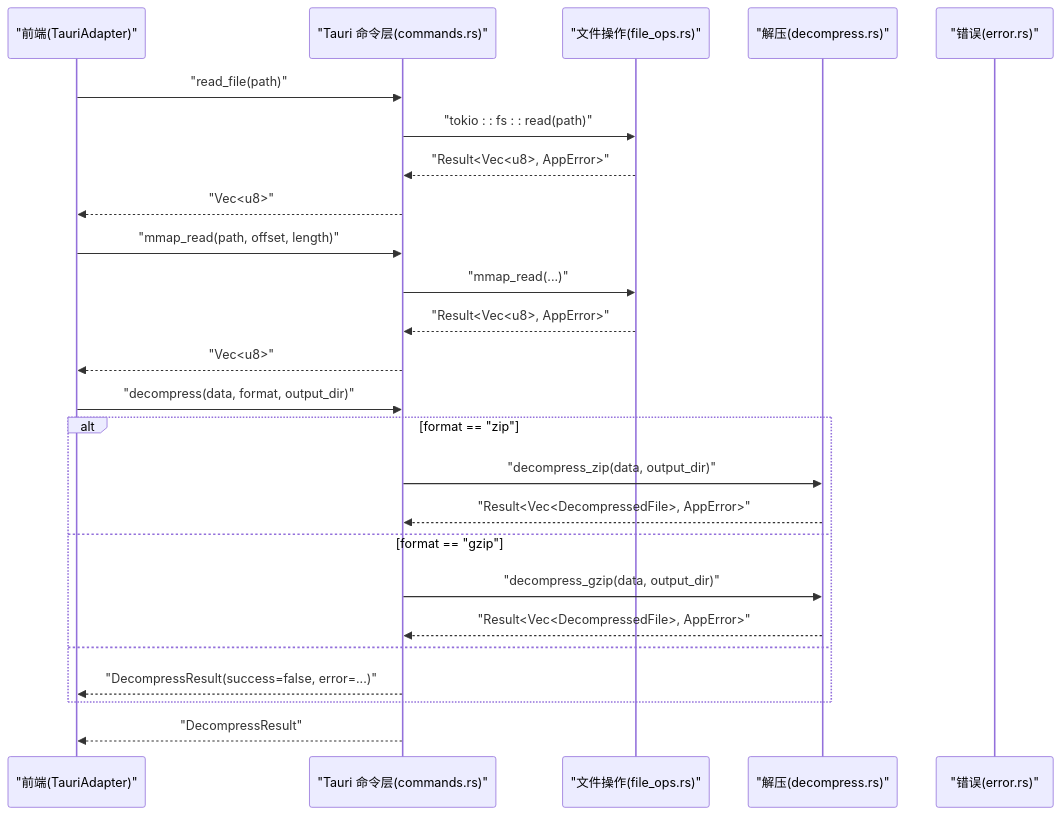
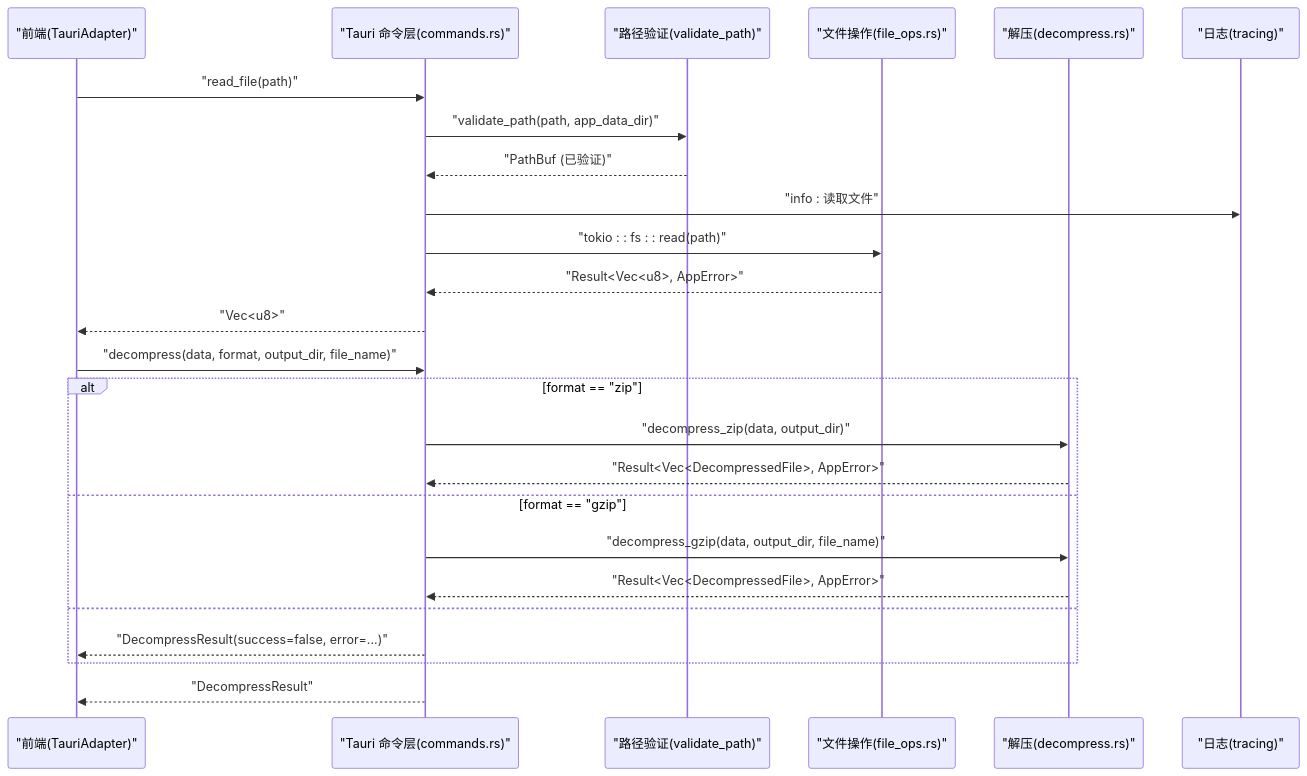
The second of 6 diagrams in .qoder/repowiki/zh/content/Tauri 后端/Tauri 后端.md (taoweidong/Hello-Tauri), drawn with Mermaid before and after one commit. The commit also changed other lines of this file and 32 other files, not shown here.

````diff
--- a/.qoder/repowiki/zh/content/Tauri 后端/Tauri 后端.md
+++ b/.qoder/repowiki/zh/content/Tauri 后端/Tauri 后端.md
@@ -93,27 +110,27 @@
 ```mermaid
 sequenceDiagram
 participant FE as "前端(TauriAdapter)"
 participant IPC as "Tauri 命令层(commands.rs)"
+participant PATH as "路径验证(validate_path)"
 participant FS as "文件操作(file_ops.rs)"
 participant DEC as "解压(decompress.rs)"
-participant ERR as "错误(error.rs)"
+participant LOG as "日志(tracing)"
 FE->>IPC : "read_file(path)"
+IPC->>PATH : "validate_path(path, app_data_dir)"
+PATH-->>IPC : "PathBuf (已验证)"
+IPC->>LOG : "info : 读取文件"
 IPC->>FS : "tokio : : fs : : read(path)"
 FS-->>IPC : "Result<Vec<u8>, AppError>"
 IPC-->>FE : "Vec<u8>"
-FE->>IPC : "mmap_read(path, offset, length)"
-IPC->>FS : "mmap_read(...)"
-FS-->>IPC : "Result<Vec<u8>, AppError>"
-IPC-->>FE : "Vec<u8>"
-FE->>IPC : "decompress(data, format, output_dir)"
+FE->>IPC : "decompress(data, format, output_dir, file_name)"
 alt format == "zip"
 IPC->>DEC : "decompress_zip(data, output_dir)"
 DEC-->>IPC : "Result<Vec<DecompressedFile>, AppError>"
 else format == "gzip"
-IPC->>DEC : "decompress_gzip(data, output_dir)"
+IPC->>DEC : "decompress_gzip(data, output_dir, file_name)"
 DEC-->>IPC : "Result<Vec<DecompressedFile>, AppError>"
 else
 IPC-->>FE : "DecompressResult(success=false, error=...)"
 end
 IPC-->>FE : "DecompressResult"
 ```
````
